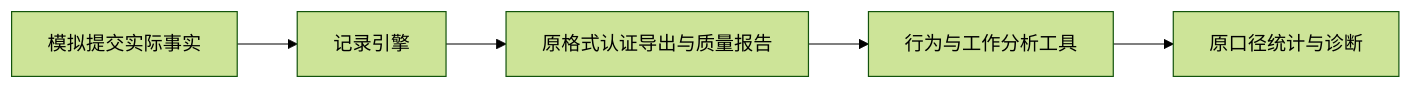
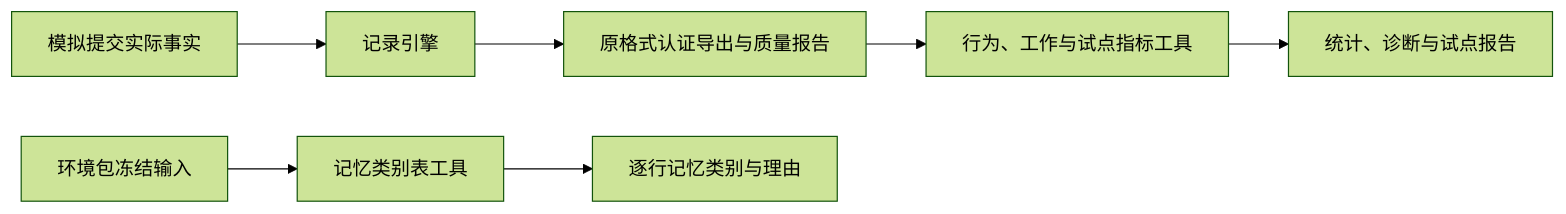
The diagram in docs/design/07-evaluation.md (HoldThatThgt/WorldMock), drawn with Mermaid (forest theme) before and after one commit. The commit also changed other lines of this file and 189 other files, not shown here.

````diff
--- a/docs/design/07-evaluation.md
+++ b/docs/design/07-evaluation.md
@@ -17,7 +18,9 @@
 ```mermaid
 flowchart LR
     Run[模拟提交实际事实] --> Recording[记录引擎]
     Recording --> Export[原格式认证导出与质量报告]
-    Export --> Analysis[行为与工作分析工具]
-    Analysis --> Report[原口径统计与诊断]
+    Export --> Analysis[行为、工作与试点指标工具]
+    Analysis --> Report[统计、诊断与试点报告]
+    Package[环境包冻结输入] --> Categories[记忆类别表工具]
+    Categories --> Table[逐行记忆类别与理由]
 ```
````
